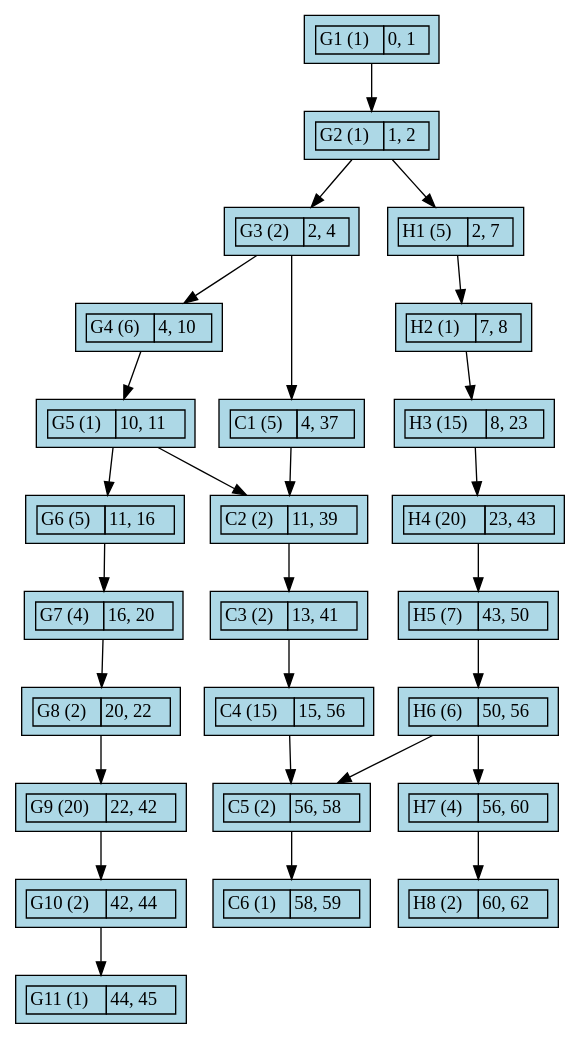
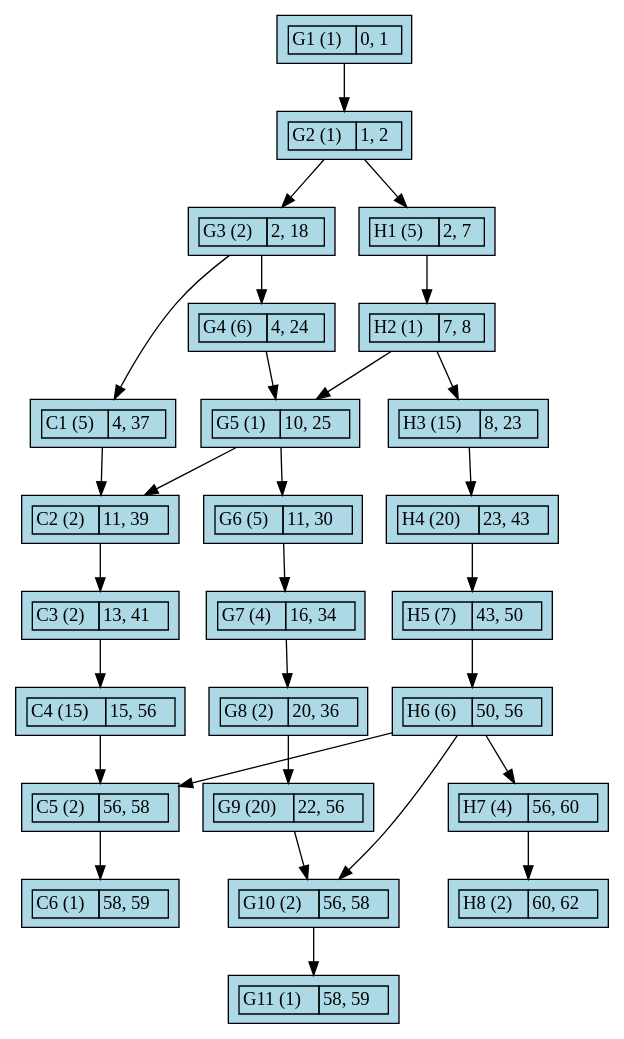
Before and after one commit to ahmedidrissi/pert-diagram: the diagram in output/tasks.dot, drawn with Graphviz. The commit also changed 2 other files, not shown here.

```diff
--- a/output/tasks.dot
+++ b/output/tasks.dot
@@ -1,53 +1,55 @@
 digraph G {
   G1 [shape=rect, style=filled, fillcolor=lightblue, label=<<table border="0" cellborder="1" cellspacing="0"><tr><td>G1 (1)</td><td>0, 1</td></tr></table>>];
   G2 [shape=rect, style=filled, fillcolor=lightblue, label=<<table border="0" cellborder="1" cellspacing="0"><tr><td>G2 (1)</td><td>1, 2</td></tr></table>>];
-  G3 [shape=rect, style=filled, fillcolor=lightblue, label=<<table border="0" cellborder="1" cellspacing="0"><tr><td>G3 (2)</td><td>2, 4</td></tr></table>>];
-  G4 [shape=rect, style=filled, fillcolor=lightblue, label=<<table border="0" cellborder="1" cellspacing="0"><tr><td>G4 (6)</td><td>4, 10</td></tr></table>>];
-  G5 [shape=rect, style=filled, fillcolor=lightblue, label=<<table border="0" cellborder="1" cellspacing="0"><tr><td>G5 (1)</td><td>10, 11</td></tr></table>>];
-  G6 [shape=rect, style=filled, fillcolor=lightblue, label=<<table border="0" cellborder="1" cellspacing="0"><tr><td>G6 (5)</td><td>11, 16</td></tr></table>>];
-  G7 [shape=rect, style=filled, fillcolor=lightblue, label=<<table border="0" cellborder="1" cellspacing="0"><tr><td>G7 (4)</td><td>16, 20</td></tr></table>>];
-  G8 [shape=rect, style=filled, fillcolor=lightblue, label=<<table border="0" cellborder="1" cellspacing="0"><tr><td>G8 (2)</td><td>20, 22</td></tr></table>>];
-  G9 [shape=rect, style=filled, fillcolor=lightblue, label=<<table border="0" cellborder="1" cellspacing="0"><tr><td>G9 (20)</td><td>22, 42</td></tr></table>>];
-  G10 [shape=rect, style=filled, fillcolor=lightblue, label=<<table border="0" cellborder="1" cellspacing="0"><tr><td>G10 (2)</td><td>42, 44</td></tr></table>>];
-  G11 [shape=rect, style=filled, fillcolor=lightblue, label=<<table border="0" cellborder="1" cellspacing="0"><tr><td>G11 (1)</td><td>44, 45</td></tr></table>>];
+  G3 [shape=rect, style=filled, fillcolor=lightblue, label=<<table border="0" cellborder="1" cellspacing="0"><tr><td>G3 (2)</td><td>2, 18</td></tr></table>>];
+  G4 [shape=rect, style=filled, fillcolor=lightblue, label=<<table border="0" cellborder="1" cellspacing="0"><tr><td>G4 (6)</td><td>4, 24</td></tr></table>>];
+  G5 [shape=rect, style=filled, fillcolor=lightblue, label=<<table border="0" cellborder="1" cellspacing="0"><tr><td>G5 (1)</td><td>10, 25</td></tr></table>>];
+  G6 [shape=rect, style=filled, fillcolor=lightblue, label=<<table border="0" cellborder="1" cellspacing="0"><tr><td>G6 (5)</td><td>11, 30</td></tr></table>>];
+  G7 [shape=rect, style=filled, fillcolor=lightblue, label=<<table border="0" cellborder="1" cellspacing="0"><tr><td>G7 (4)</td><td>16, 34</td></tr></table>>];
+  G8 [shape=rect, style=filled, fillcolor=lightblue, label=<<table border="0" cellborder="1" cellspacing="0"><tr><td>G8 (2)</td><td>20, 36</td></tr></table>>];
+  G9 [shape=rect, style=filled, fillcolor=lightblue, label=<<table border="0" cellborder="1" cellspacing="0"><tr><td>G9 (20)</td><td>22, 56</td></tr></table>>];
+  G10 [shape=rect, style=filled, fillcolor=lightblue, label=<<table border="0" cellborder="1" cellspacing="0"><tr><td>G10 (2)</td><td>56, 58</td></tr></table>>];
+  G11 [shape=rect, style=filled, fillcolor=lightblue, label=<<table border="0" cellborder="1" cellspacing="0"><tr><td>G11 (1)</td><td>58, 59</td></tr></table>>];
   H1 [shape=rect, style=filled, fillcolor=lightblue, label=<<table border="0" cellborder="1" cellspacing="0"><tr><td>H1 (5)</td><td>2, 7</td></tr></table>>];
   H2 [shape=rect, style=filled, fillcolor=lightblue, label=<<table border="0" cellborder="1" cellspacing="0"><tr><td>H2 (1)</td><td>7, 8</td></tr></table>>];
   H3 [shape=rect, style=filled, fillcolor=lightblue, label=<<table border="0" cellborder="1" cellspacing="0"><tr><td>H3 (15)</td><td>8, 23</td></tr></table>>];
   H4 [shape=rect, style=filled, fillcolor=lightblue, label=<<table border="0" cellborder="1" cellspacing="0"><tr><td>H4 (20)</td><td>23, 43</td></tr></table>>];
   H5 [shape=rect, style=filled, fillcolor=lightblue, label=<<table border="0" cellborder="1" cellspacing="0"><tr><td>H5 (7)</td><td>43, 50</td></tr></table>>];
   H6 [shape=rect, style=filled, fillcolor=lightblue, label=<<table border="0" cellborder="1" cellspacing="0"><tr><td>H6 (6)</td><td>50, 56</td></tr></table>>];
   H7 [shape=rect, style=filled, fillcolor=lightblue, label=<<table border="0" cellborder="1" cellspacing="0"><tr><td>H7 (4)</td><td>56, 60</td></tr></table>>];
   H8 [shape=rect, style=filled, fillcolor=lightblue, label=<<table border="0" cellborder="1" cellspacing="0"><tr><td>H8 (2)</td><td>60, 62</td></tr></table>>];
   C1 [shape=rect, style=filled, fillcolor=lightblue, label=<<table border="0" cellborder="1" cellspacing="0"><tr><td>C1 (5)</td><td>4, 37</td></tr></table>>];
   C2 [shape=rect, style=filled, fillcolor=lightblue, label=<<table border="0" cellborder="1" cellspacing="0"><tr><td>C2 (2)</td><td>11, 39</td></tr></table>>];
   C3 [shape=rect, style=filled, fillcolor=lightblue, label=<<table border="0" cellborder="1" cellspacing="0"><tr><td>C3 (2)</td><td>13, 41</td></tr></table>>];
   C4 [shape=rect, style=filled, fillcolor=lightblue, label=<<table border="0" cellborder="1" cellspacing="0"><tr><td>C4 (15)</td><td>15, 56</td></tr></table>>];
   C5 [shape=rect, style=filled, fillcolor=lightblue, label=<<table border="0" cellborder="1" cellspacing="0"><tr><td>C5 (2)</td><td>56, 58</td></tr></table>>];
   C6 [shape=rect, style=filled, fillcolor=lightblue, label=<<table border="0" cellborder="1" cellspacing="0"><tr><td>C6 (1)</td><td>58, 59</td></tr></table>>];
   G1 -> G2;
   G2 -> G3;
   G2 -> H1;
   G3 -> G4;
   G3 -> C1;
   G4 -> G5;
   G5 -> G6;
   G5 -> C2;
   G6 -> G7;
   G7 -> G8;
   G8 -> G9;
   G9 -> G10;
   G10 -> G11;
   H1 -> H2;
+  H2 -> G5;
   H2 -> H3;
   H3 -> H4;
   H4 -> H5;
   H5 -> H6;
+  H6 -> G10;
   H6 -> H7;
   H6 -> C5;
   H7 -> H8;
   C1 -> C2;
   C2 -> C3;
   C3 -> C4;
   C4 -> C5;
   C5 -> C6;
 }
```
